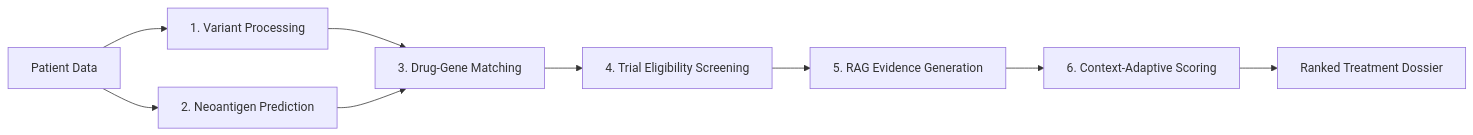
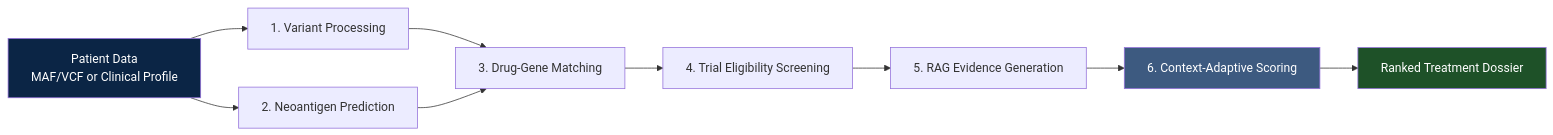
Before and after one commit to DanielMartin-Arogyasami/RareCure: the diagram in README.md, drawn with Mermaid. The commit also changed other lines of this file, not shown here.

````diff
--- a/README.md
+++ b/README.md
@@ -30,11 +76,15 @@
 ```mermaid
 graph LR
-    A[Patient Data] --> B[1. Variant Processing]
+    A[Patient Data<br/>MAF/VCF or Clinical Profile] --> B[1. Variant Processing]
     A --> C[2. Neoantigen Prediction]
     B --> D[3. Drug-Gene Matching]
     C --> D
     D --> E[4. Trial Eligibility Screening]
     E --> F[5. RAG Evidence Generation]
     F --> G[6. Context-Adaptive Scoring]
     G --> H[Ranked Treatment Dossier]
+
+    style A fill:#0B2545,color:#fff
+    style H fill:#1E5128,color:#fff
+    style G fill:#3D5A80,color:#fff
 ```
````
